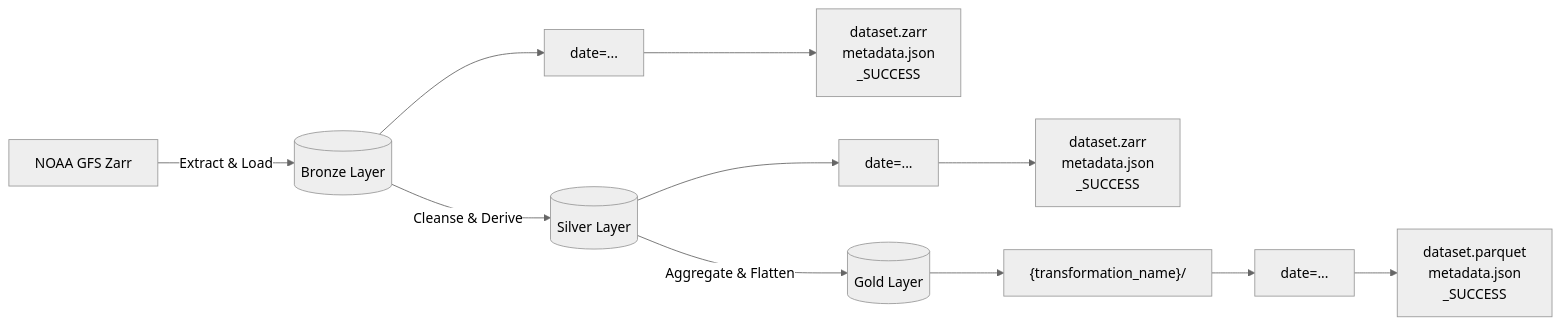
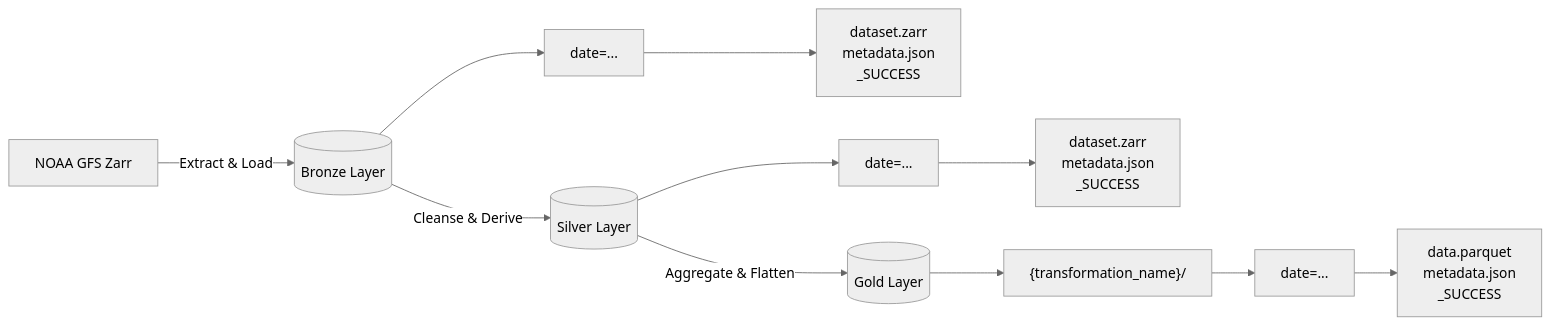
The diagram in README.md (hugo-sch11/weather_elt), drawn with Mermaid (neutral theme) before and after one commit. The commit also changed 4 other files, not shown here.

````diff
--- a/README.md
+++ b/README.md
@@ -15,15 +15,15 @@
 ```mermaid
 graph LR
     Source[NOAA GFS Zarr] -->|Extract & Load| Bronze[(Bronze Layer)]
     Bronze --> BDate["date=..."]
     BDate --> BFiles["dataset.zarr<br/>metadata.json<br/>_SUCCESS"]
 
     Bronze -->|Cleanse & Derive| Silver[(Silver Layer)]
     Silver --> SDate["date=..."]
     SDate --> SFiles["dataset.zarr<br/>metadata.json<br/>_SUCCESS"]
 
     Silver -->|Aggregate & Flatten| Gold[(Gold Layer)]
     Gold --> GTransform["{transformation_name}/"]
     GTransform --> GDate["date=..."]
-    GDate --> GFiles["dataset.parquet<br/>metadata.json<br/>_SUCCESS"]
+    GDate --> GFiles["data.parquet<br/>metadata.json<br/>_SUCCESS"]
 ```
````
